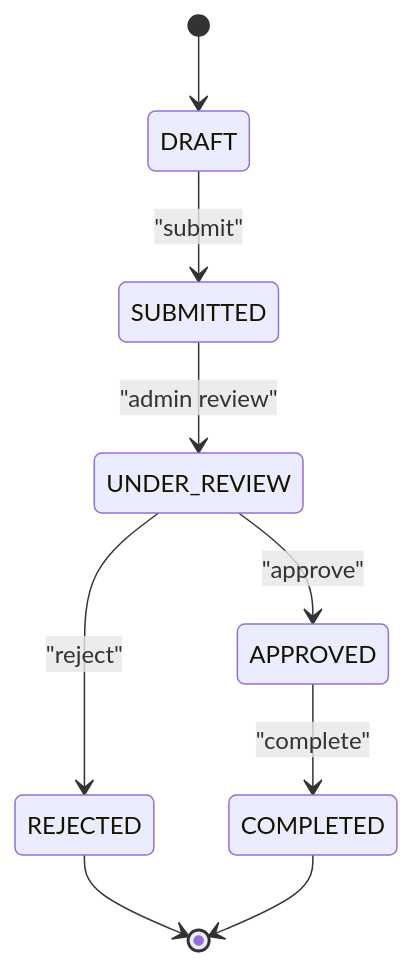
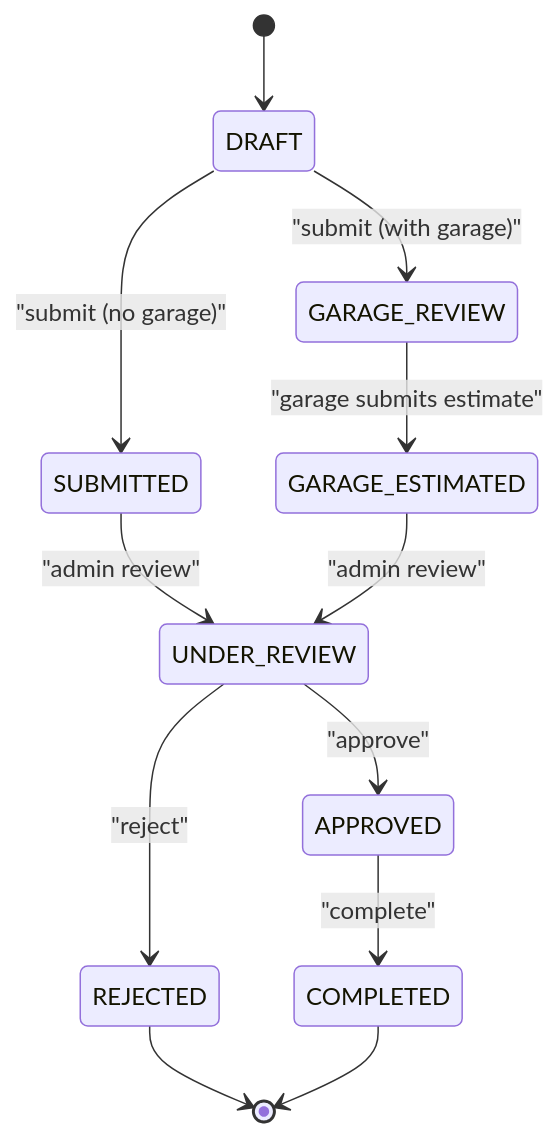
Before and after one commit to NaveenHiranya/Smart-Vehicle-Insurance-Claim-System: the ninth of 12 diagrams in .qoder/repowiki/en/content/Business Logic Layer/Claims Processing Workflow.md, drawn with Mermaid. The commit also changed other lines of this file and 87 other files, not shown here.

````diff
--- a/.qoder/repowiki/en/content/Business Logic Layer/Claims Processing Workflow.md
+++ b/.qoder/repowiki/en/content/Business Logic Layer/Claims Processing Workflow.md
@@ -269,11 +380,14 @@
 ```mermaid
 stateDiagram-v2
 [*] --> DRAFT
-DRAFT --> SUBMITTED : "submit"
+DRAFT --> SUBMITTED : "submit (no garage)"
+DRAFT --> GARAGE_REVIEW : "submit (with garage)"
+GARAGE_REVIEW --> GARAGE_ESTIMATED : "garage submits estimate"
 SUBMITTED --> UNDER_REVIEW : "admin review"
+GARAGE_ESTIMATED --> UNDER_REVIEW : "admin review"
 UNDER_REVIEW --> APPROVED : "approve"
 UNDER_REVIEW --> REJECTED : "reject"
 APPROVED --> COMPLETED : "complete"
 REJECTED --> [*]
 COMPLETED --> [*]
 ```
````
